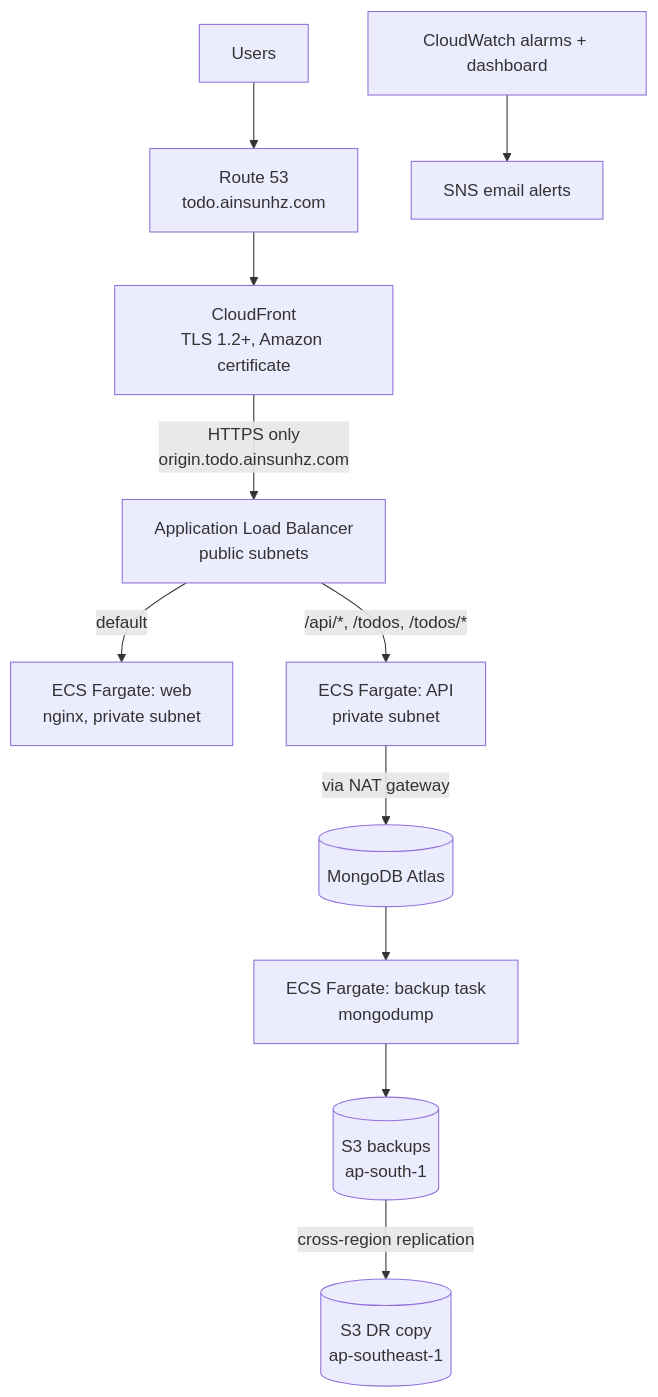
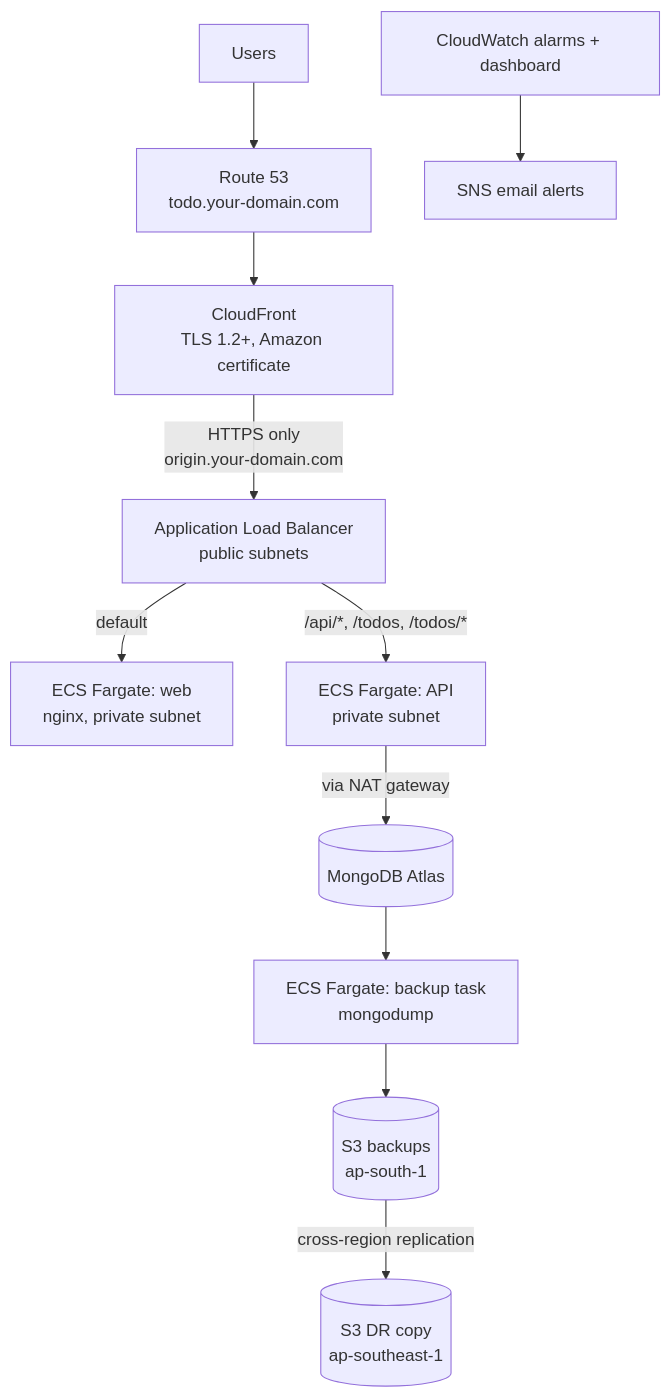
The diagram in README.md (Viraj2399/todo-fullstack-devops), drawn with Mermaid before and after one commit. The commit also changed other lines of this file, not shown here.

Commit message:
docs: update live URLs in README to reflect current domain

````diff
--- a/README.md
+++ b/README.md
@@ -33,13 +33,13 @@
 ```mermaid
 flowchart TD
-    U[Users] --> R53[Route 53<br/>todo.ainsunhz.com]
-    R53 --> CF[CloudFront<br/>TLS 1.2+, Amazon certificate]
-    CF -->|HTTPS only<br/>origin.todo.ainsunhz.com| ALB[Application Load Balancer<br/>public subnets]
-    ALB -->|default| WEB[ECS Fargate: web<br/>nginx, private subnet]
-    ALB -->|/api/*, /todos, /todos/*| API[ECS Fargate: API<br/>private subnet]
-    API -->|via NAT gateway| DB[(MongoDB Atlas)]
-    BK[ECS Fargate: backup task<br/>mongodump] --> S3[(S3 backups<br/>ap-south-1)]
-    DB --> BK
-    S3 -->|cross-region replication| S3DR[(S3 DR copy<br/>ap-southeast-1)]
-    CW[CloudWatch alarms + dashboard] --> SNS[SNS email alerts]
+   U[Users] --> R53[Route 53<br/>todo.your-domain.com]
+   R53 --> CF[CloudFront<br/>TLS 1.2+, Amazon certificate]
+   CF -->|HTTPS only<br/>origin.your-domain.com| ALB[Application Load Balancer<br/>public subnets]
+   ALB -->|default| WEB[ECS Fargate: web<br/>nginx, private subnet]
+   ALB -->|/api/*, /todos, /todos/*| API[ECS Fargate: API<br/>private subnet]
+   API -->|via NAT gateway| DB[(MongoDB Atlas)]
+   BK[ECS Fargate: backup task<br/>mongodump] --> S3[(S3 backups<br/>ap-south-1)]
+   DB --> BK
+   S3 -->|cross-region replication| S3DR[(S3 DR copy<br/>ap-southeast-1)]
+   CW[CloudWatch alarms + dashboard] --> SNS[SNS email alerts]
 ```
````
